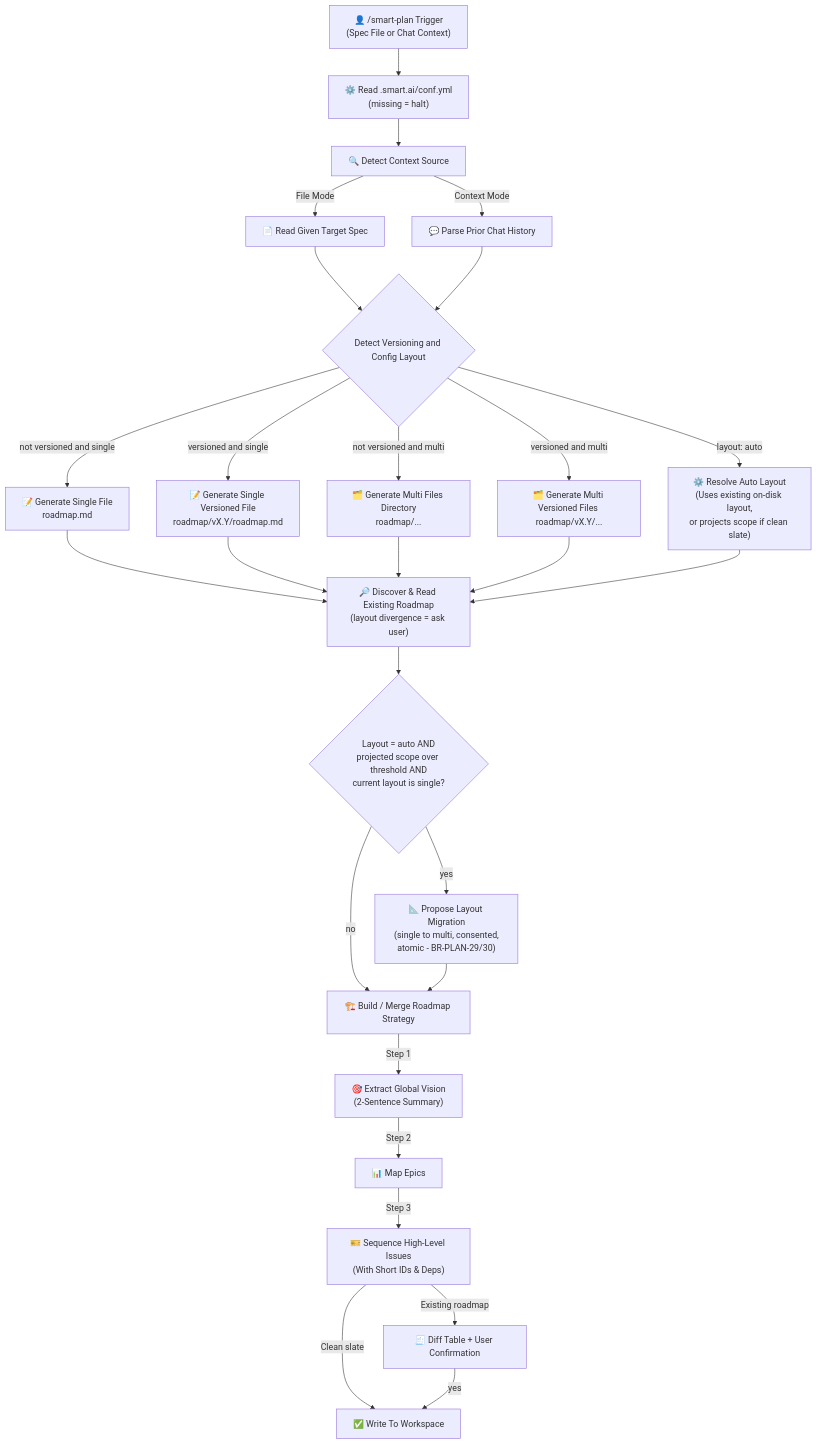
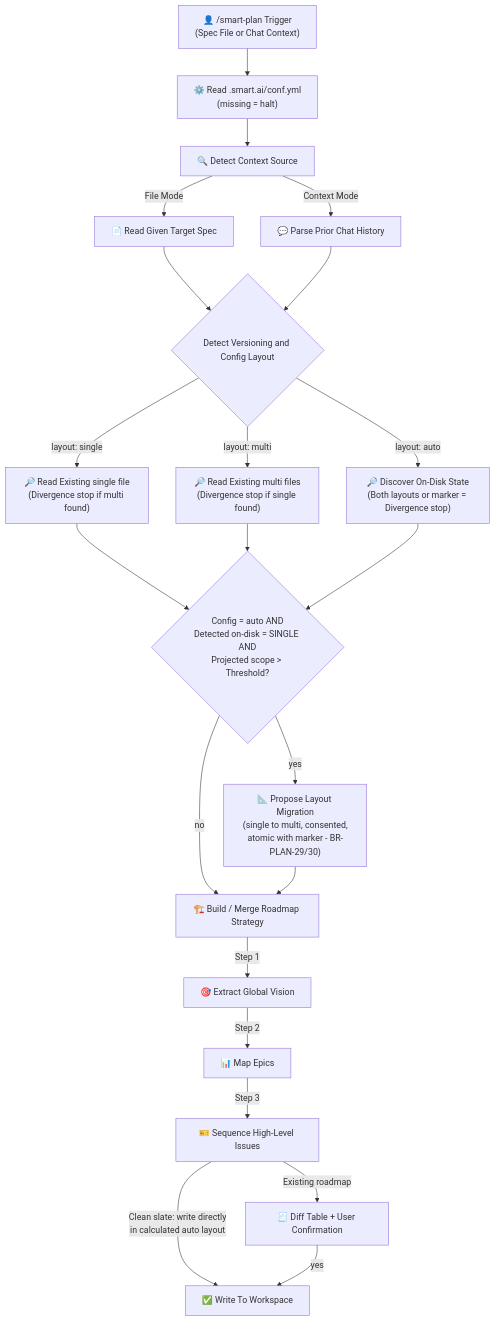
Before and after one commit to fletort/smart-ai-factory: the first of 3 diagrams in docs/specs/smart-plan.md, drawn with Mermaid. The commit also changed other lines of this file, not shown here.

````diff
--- a/docs/specs/smart-plan.md
+++ b/docs/specs/smart-plan.md
@@ -50,36 +49,33 @@
   ```mermaid
   graph TD
       Input["👤 /smart-plan Trigger<br/>(Spec File or Chat Context)"] --> Config["⚙️ Read .smart.ai/conf.yml<br/>(missing = halt)"]
       Config --> Source["🔍 Detect Context Source"]
 
       Source -->|File Mode| ReadFile["📄 Read Given Target Spec"]
       Source -->|Context Mode| ReadChat["💬 Parse Prior Chat History"]
 
       ReadFile --> Strategy{"Detect Versioning and Config Layout"}
       ReadChat --> Strategy
 
-      Strategy -->|not versioned and single| Single["📝 Generate Single File<br/>roadmap.md"]
-      Strategy -->|versioned and single| SingleVer["📝 Generate Single Versioned File<br/>roadmap/vX.Y/roadmap.md"]
-      Strategy -->|not versioned and multi| Multi["🗂️ Generate Multi Files Directory<br/>roadmap/..."]
-      Strategy -->|versioned and multi| MultiVer["🗂️ Generate Multi Versioned Files <br/>roadmap/vX.Y/..."]
-      Strategy -->|layout: auto| ResolveAuto["⚙️ Resolve Auto Layout<br/>(Uses existing on-disk layout,<br/>or projects scope if clean slate)"]
+      Strategy -->|layout: single| DiscoverSingle["🔎 Read Existing single file<br/>(Divergence stop if multi found)"]
+      Strategy -->|layout: multi| DiscoverMulti["🔎 Read Existing multi files<br/>(Divergence stop if single found)"]
+      Strategy -->|layout: auto| DiscoverAuto["🔎 Discover On-Disk State<br/>(Both layouts or marker = Divergence stop)"]
 
-      Single --> Discover["🔎 Discover & Read Existing Roadmap<br/>(layout divergence = ask user)"]
-      SingleVer --> Discover
-      Multi --> Discover
-      MultiVer --> Discover
-      ResolveAuto --> Discover
+      DiscoverSingle --> LayoutEval
+      DiscoverMulti --> LayoutEval
+      DiscoverAuto --> LayoutEval
 
-      Discover --> LayoutEval{"Layout = auto AND<br/>projected scope over threshold AND<br/>current layout is single?"}
-      LayoutEval -->|yes| ProposeLayout["📐 Propose Layout Migration<br/>(single to multi, consented,<br/>atomic - BR-PLAN-29/30)"]
+      LayoutEval{"Config = auto AND<br/>Detected on-disk = SINGLE AND<br/>Projected scope > Threshold?"}
+
+      LayoutEval -->|yes| ProposeLayout["📐 Propose Layout Migration<br/>(single to multi, consented,<br/>atomic with marker - BR-PLAN-29/30)"]
       LayoutEval -->|no| Process["🏗️ Build / Merge Roadmap Strategy"]
       ProposeLayout --> Process
 
-      Process -->|Step 1| Vision["🎯 Extract Global Vision<br/>(2-Sentence Summary)"]
+      Process -->|Step 1| Vision["🎯 Extract Global Vision"]
       Vision -->|Step 2| Epics["📊 Map Epics"]
-      Epics -->|Step 3| Issues["🎫 Sequence High-Level Issues<br/>(With Short IDs & Deps)"]
+      Epics -->|Step 3| Issues["🎫 Sequence High-Level Issues"]
 
-      Issues -->|Clean slate| Output["✅ Write To Workspace"]
+      Issues -->|Clean slate: write directly<br/>in calculated auto layout| Output["✅ Write To Workspace"]
       Issues -->|Existing roadmap| Confirm["🧾 Diff Table + User Confirmation"]
       Confirm -->|yes| Output
   ```
````
